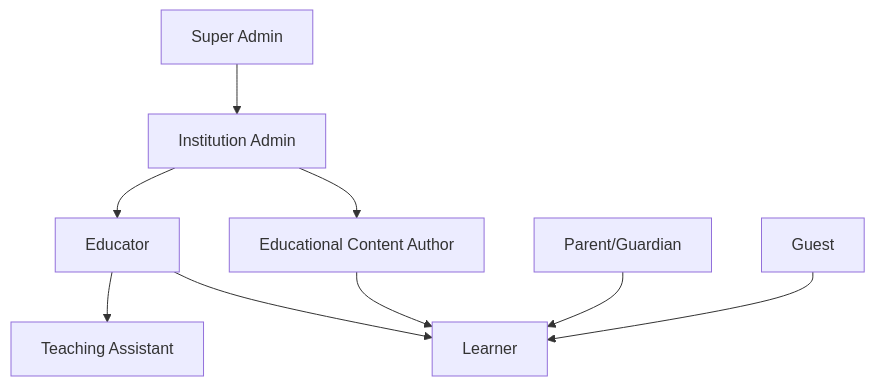
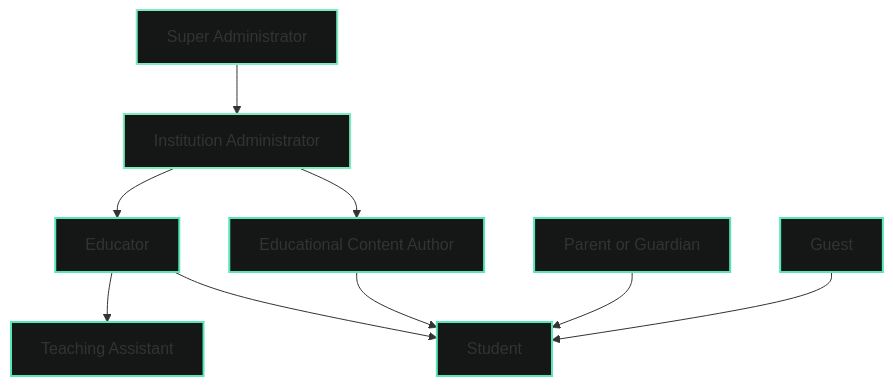
The diagram in docs/roles-permissions.md (ivmarch/geniverse-docs), drawn with Mermaid before and after one commit. The commit also changed other lines of this file and 17 other files, not shown here.

````diff
--- a/docs/roles-permissions.md
+++ b/docs/roles-permissions.md
@@ -7,11 +7,21 @@
 ```mermaid
 graph TD
-    A[Super Admin] --> B[Institution Admin]
+    A[Super Administrator] --> B[Institution Administrator]
     B --> C[Educator]
     B --> D[Educational Content Author]
-    C --> E[Learner]
+    C --> E[Student]
     C --> F[Teaching Assistant]
     D --> E
-    G[Parent/Guardian] --> E
+    G[Parent or Guardian] --> E
     H[Guest] --> E
+    
+    classDef adminClass fill:#141716,stroke:#7CECBF,stroke-width:2px
+    classDef educatorClass fill:#141716,stroke:#58E6B2,stroke-width:2px
+    classDef studentClass fill:#141716,stroke:#58E6B2,stroke-width:2px
+    classDef guestClass fill:#141716,stroke:#58E6B2,stroke-width:2px
+    
+    class A,B adminClass
+    class C,D,F educatorClass
+    class E studentClass
+    class G,H guestClass
 ```
````
